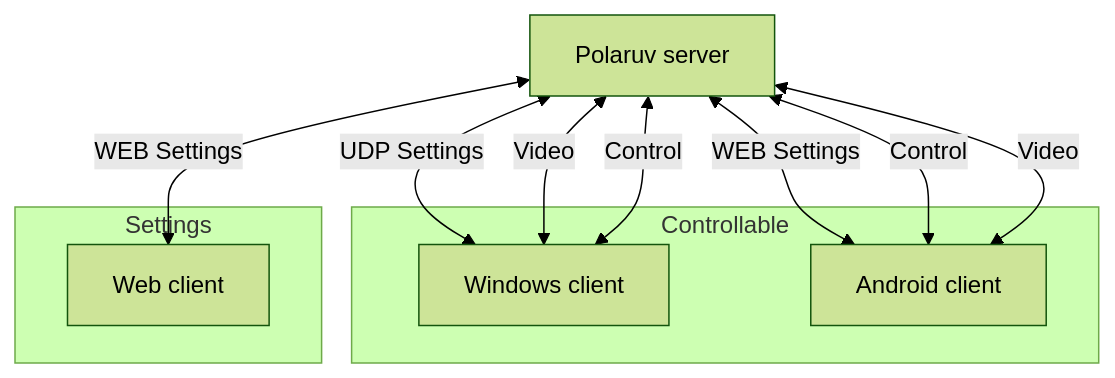
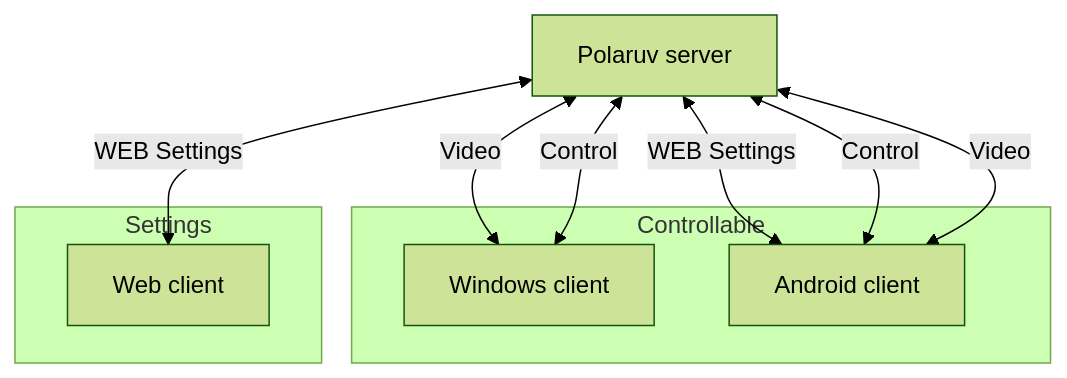
Before and after one commit to PolarUV/polaruv: the second of 2 diagrams in README.md, drawn with Mermaid (forest theme). The commit also changed other lines of this file, not shown here.

Commit message:
Update diagram

````diff
--- a/README.md
+++ b/README.md
@@ -24,20 +24,20 @@
 ```mermaid
 flowchart TB
     Robot["Polaruv server"]
     subgraph Controllable
         Client["`Windows client`"]
         Android["`Android client`"]
     end
 
     subgraph Settings
         Web["`Web client`"]
     end
 
-    Robot <-- UDP Settings --> Client
+
     Robot <-- Video --> Client
     Robot <-- Control --> Client
     Robot <-- WEB Settings --> Android
     Robot <-- Control --> Android
     Robot <-- Video --> Android
     Robot <-- WEB Settings --> Web
 ```
````
